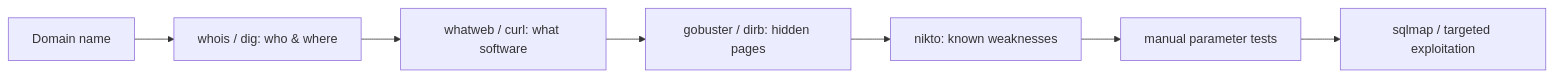
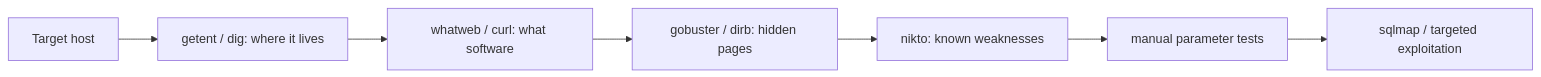
One commit to TempeHS/Learn_Kali-Linux-Basics changed the diagram in labs/05-web-recon.md. Above: the diagram before and after it, drawn with Mermaid. The commit also changed other lines of this file and 8 other files, not shown here.

````diff
--- a/labs/05-web-recon.md
+++ b/labs/05-web-recon.md
@@ -161,9 +191,9 @@
 ```mermaid
 flowchart LR
-    A[Domain name] --> B[whois / dig: who & where]
+    A[Target host] --> B[getent / dig: where it lives]
     B --> C[whatweb / curl: what software]
     C --> D[gobuster / dirb: hidden pages]
     D --> E[nikto: known weaknesses]
     E --> F[manual parameter tests]
     F --> G[sqlmap / targeted exploitation]
 ```
````
